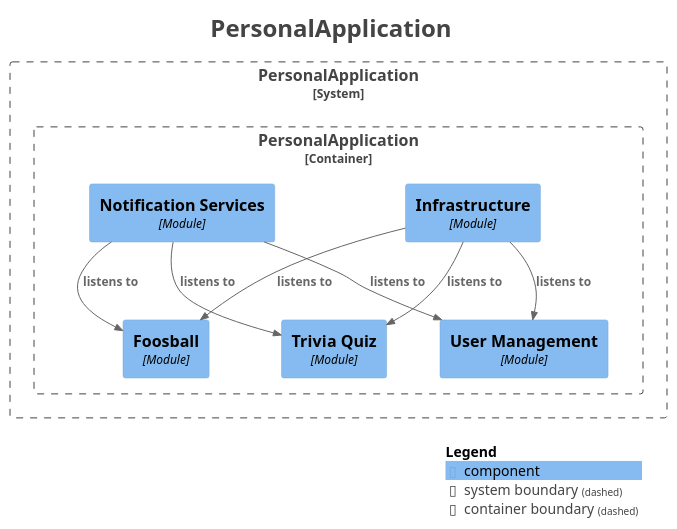
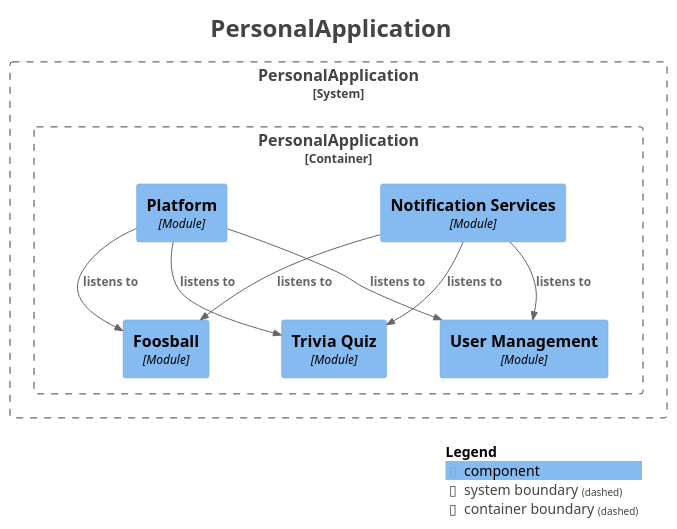
Before and after one commit to SnapPetal/PersonalWeb: the diagram in docs/modulith/components.puml, drawn with PlantUML. The commit also changed 211 other files, not shown here.

First line of the commit message:
chore: migrate infrastructure package to platform package and update references across modules

```diff
--- a/docs/modulith/components.puml
+++ b/docs/modulith/components.puml
@@ -1,38 +1,38 @@
 @startuml
 title <size:24>PersonalApplication</size>
 
 set separator none
 top to bottom direction
 
 <style>
   root {
     BackgroundColor: #ffffff
     FontColor: #444444
   }
 </style>
 
 !include <C4/C4>
 !include <C4/C4_Context>
 !include <C4/C4_Component>
 
 System_Boundary("PersonalApplication_boundary", "PersonalApplication", $tags="") {
   Container_Boundary("PersonalApplication.PersonalApplication_boundary", "PersonalApplication", $tags="") {
-    Component(PersonalApplication.PersonalApplication.Infrastructure, "Infrastructure", $techn="Module", $descr="", $tags="", $link="")
     Component(PersonalApplication.PersonalApplication.NotificationServices, "Notification Services", $techn="Module", $descr="", $tags="", $link="")
+    Component(PersonalApplication.PersonalApplication.Platform, "Platform", $techn="Module", $descr="", $tags="", $link="")
     Component(PersonalApplication.PersonalApplication.Foosball, "Foosball", $techn="Module", $descr="", $tags="", $link="")
     Component(PersonalApplication.PersonalApplication.TriviaQuiz, "Trivia Quiz", $techn="Module", $descr="", $tags="", $link="")
     Component(PersonalApplication.PersonalApplication.UserManagement, "User Management", $techn="Module", $descr="", $tags="", $link="")
   }
 
 }
 
-Rel(PersonalApplication.PersonalApplication.Infrastructure, PersonalApplication.PersonalApplication.UserManagement, "listens to", $techn="", $tags="", $link="")
-Rel(PersonalApplication.PersonalApplication.Infrastructure, PersonalApplication.PersonalApplication.Foosball, "listens to", $techn="", $tags="", $link="")
-Rel(PersonalApplication.PersonalApplication.Infrastructure, PersonalApplication.PersonalApplication.TriviaQuiz, "listens to", $techn="", $tags="", $link="")
 Rel(PersonalApplication.PersonalApplication.NotificationServices, PersonalApplication.PersonalApplication.Foosball, "listens to", $techn="", $tags="", $link="")
+Rel(PersonalApplication.PersonalApplication.NotificationServices, PersonalApplication.PersonalApplication.UserManagement, "listens to", $techn="", $tags="", $link="")
 Rel(PersonalApplication.PersonalApplication.NotificationServices, PersonalApplication.PersonalApplication.TriviaQuiz, "listens to", $techn="", $tags="", $link="")
-Rel(PersonalApplication.PersonalApplication.NotificationServices, PersonalApplication.PersonalApplication.UserManagement, "listens to", $techn="", $tags="", $link="")
+Rel(PersonalApplication.PersonalApplication.Platform, PersonalApplication.PersonalApplication.UserManagement, "listens to", $techn="", $tags="", $link="")
+Rel(PersonalApplication.PersonalApplication.Platform, PersonalApplication.PersonalApplication.TriviaQuiz, "listens to", $techn="", $tags="", $link="")
+Rel(PersonalApplication.PersonalApplication.Platform, PersonalApplication.PersonalApplication.Foosball, "listens to", $techn="", $tags="", $link="")
 
 SHOW_LEGEND(true)
 hide stereotypes
 @enduml
```
